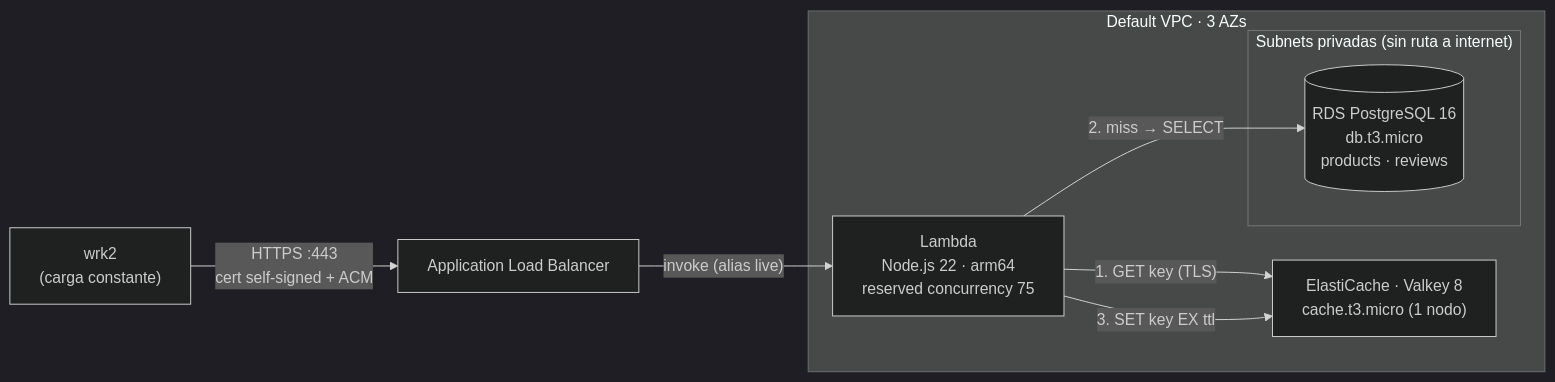
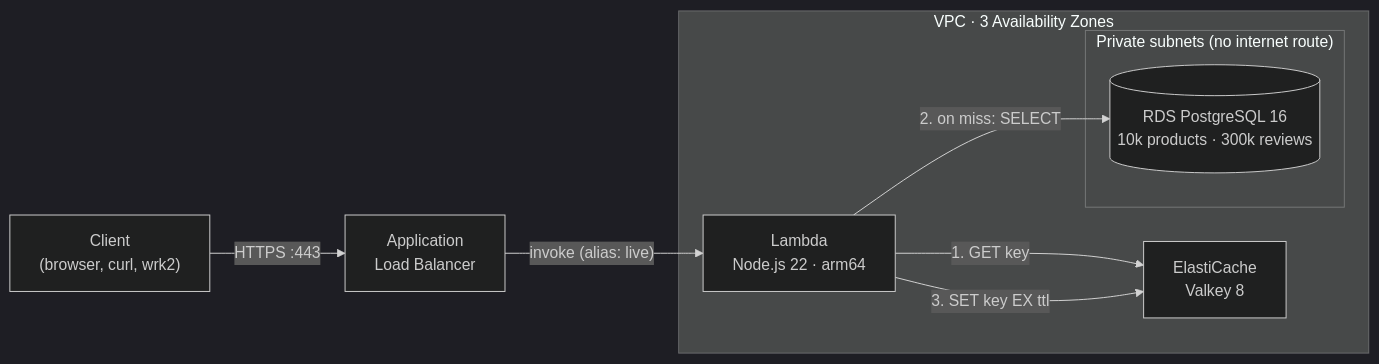
One commit to stephy0410/aws-serverless-cache-api changed the diagram in README.md. Above: the diagram before and after it, drawn with Mermaid (dark theme). The commit also changed other lines of this file, not shown here.

````diff
--- a/README.md
+++ b/README.md
@@ -9,16 +13,16 @@
 ```mermaid
 flowchart LR
-    W["wrk2<br/>(carga constante)"] -- "HTTPS :443<br/>cert self-signed + ACM" --> ALB["Application Load Balancer"]
-    ALB -- "invoke (alias live)" --> L
+    C["Client<br/>(browser, curl, wrk2)"] -- "HTTPS :443" --> ALB["Application<br/>Load Balancer"]
+    ALB -- "invoke (alias: live)" --> L
 
-    subgraph vpc["Default VPC · 3 AZs"]
-        L["Lambda<br/>Node.js 22 · arm64<br/>reserved concurrency 75"]
-        P["ElastiCache · Valkey 8<br/>cache.t3.micro (1 nodo)"]
-        subgraph priv["Subnets privadas (sin ruta a internet)"]
-            DB[("RDS PostgreSQL 16<br/>db.t3.micro<br/>products · reviews")]
+    subgraph vpc["VPC · 3 Availability Zones"]
+        L["Lambda<br/>Node.js 22 · arm64"]
+        P["ElastiCache<br/>Valkey 8"]
+        subgraph priv["Private subnets (no internet route)"]
+            DB[("RDS PostgreSQL 16<br/>10k products · 300k reviews")]
         end
-        L -- "1. GET key (TLS)" --> P
-        L -- "2. miss → SELECT" --> DB
+        L -- "1. GET key" --> P
+        L -- "2. on miss: SELECT" --> DB
         L -- "3. SET key EX ttl" --> P
     end
 ```
````
